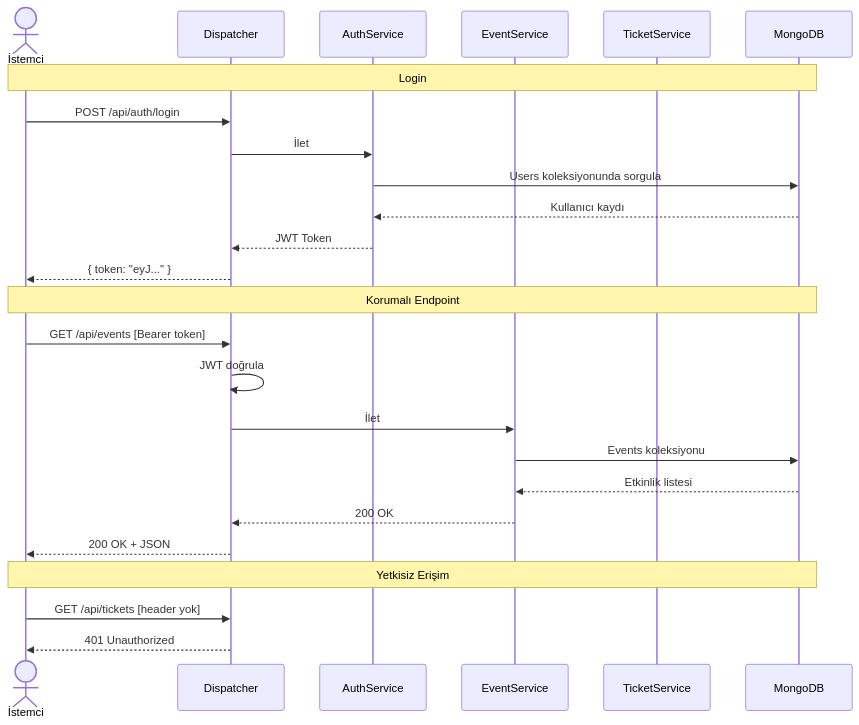
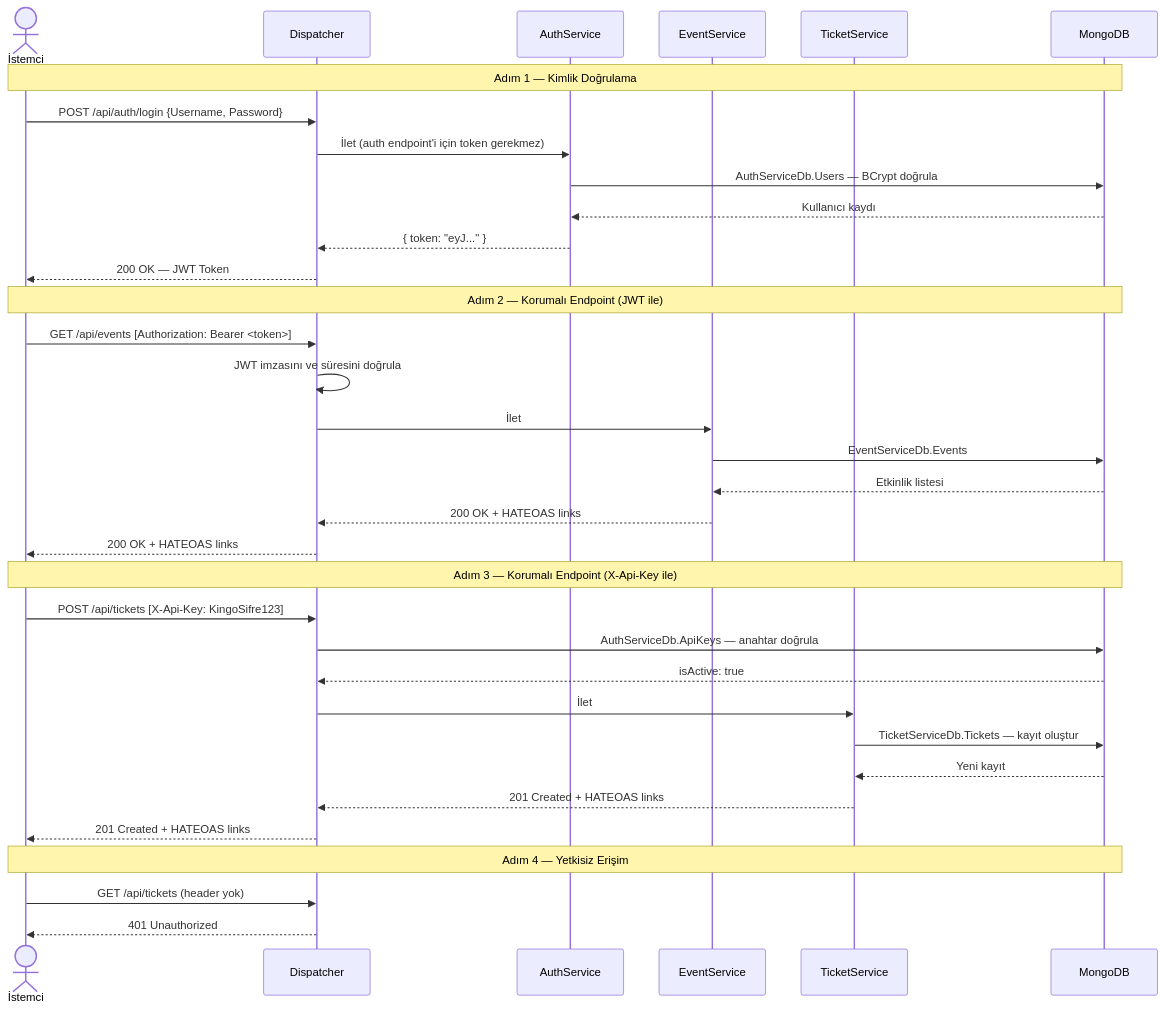
The second of 4 diagrams in README.md (UguralpKivanc/BiletProje), drawn with Mermaid before and after one commit. The commit also changed other lines of this file, not shown here.

````diff
--- a/README.md
+++ b/README.md
@@ -53,30 +87,40 @@
 ```mermaid
 sequenceDiagram
-    actor Client as İstemci
+    actor C as İstemci
     participant D as Dispatcher
     participant A as AuthService
     participant E as EventService
     participant T as TicketService
     participant DB as MongoDB
 
-    Note over Client,DB: Login
-    Client->>D: POST /api/auth/login
-    D->>A: İlet
-    A->>DB: Users koleksiyonunda sorgula
+    Note over C,DB: Adım 1 — Kimlik Doğrulama
+    C->>D: POST /api/auth/login {Username, Password}
+    D->>A: İlet (auth endpoint'i için token gerekmez)
+    A->>DB: AuthServiceDb.Users — BCrypt doğrula
     DB-->>A: Kullanıcı kaydı
-    A-->>D: JWT Token
-    D-->>Client: { token: "eyJ..." }
+    A-->>D: { token: "eyJ..." }
+    D-->>C: 200 OK — JWT Token
 
-    Note over Client,DB: Korumalı Endpoint
-    Client->>D: GET /api/events [Bearer token]
-    D->>D: JWT doğrula
+    Note over C,DB: Adım 2 — Korumalı Endpoint (JWT ile)
+    C->>D: GET /api/events [Authorization: Bearer <token>]
+    D->>D: JWT imzasını ve süresini doğrula
     D->>E: İlet
-    E->>DB: Events koleksiyonu
+    E->>DB: EventServiceDb.Events
     DB-->>E: Etkinlik listesi
-    E-->>D: 200 OK
-    D-->>Client: 200 OK + JSON
+    E-->>D: 200 OK + HATEOAS links
+    D-->>C: 200 OK + HATEOAS links
 
-    Note over Client,DB: Yetkisiz Erişim
-    Client->>D: GET /api/tickets [header yok]
-    D-->>Client: 401 Unauthorized
+    Note over C,DB: Adım 3 — Korumalı Endpoint (X-Api-Key ile)
+    C->>D: POST /api/tickets [X-Api-Key: KingoSifre123]
+    D->>DB: AuthServiceDb.ApiKeys — anahtar doğrula
+    DB-->>D: isActive: true
+    D->>T: İlet
+    T->>DB: TicketServiceDb.Tickets — kayıt oluştur
+    DB-->>T: Yeni kayıt
+    T-->>D: 201 Created + HATEOAS links
+    D-->>C: 201 Created + HATEOAS links
+
+    Note over C,DB: Adım 4 — Yetkisiz Erişim
+    C->>D: GET /api/tickets (header yok)
+    D-->>C: 401 Unauthorized
 ```
````
